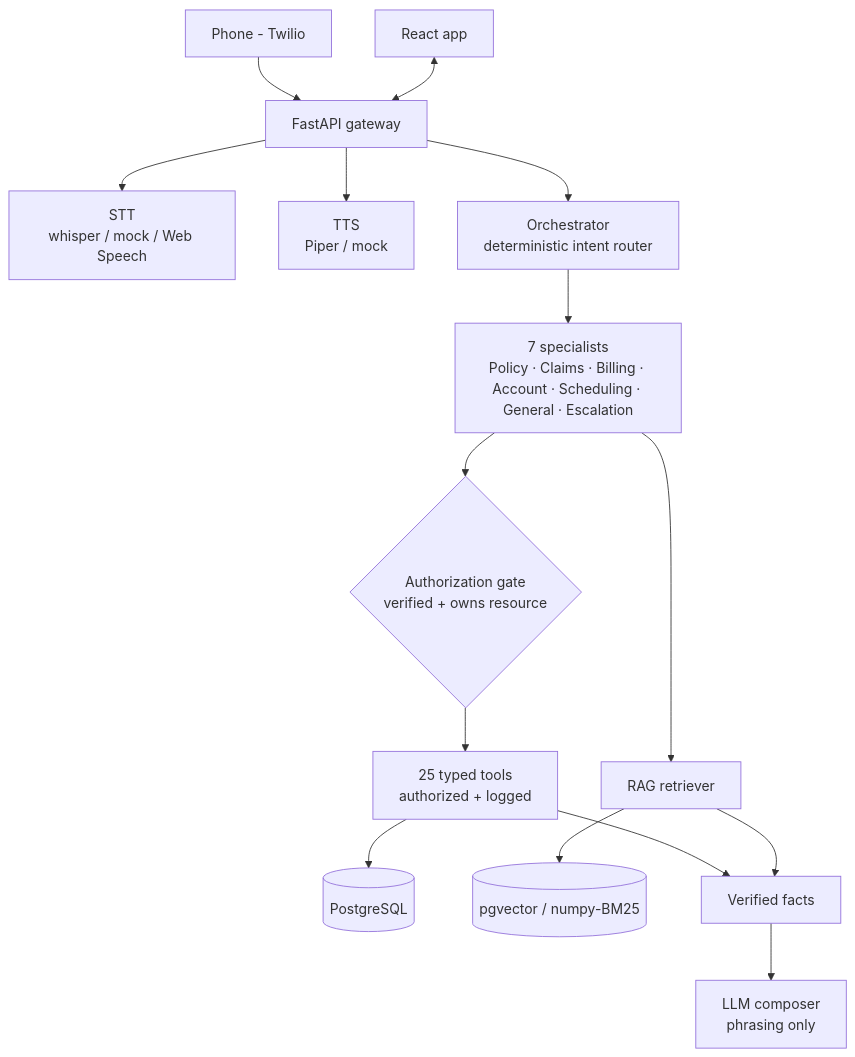
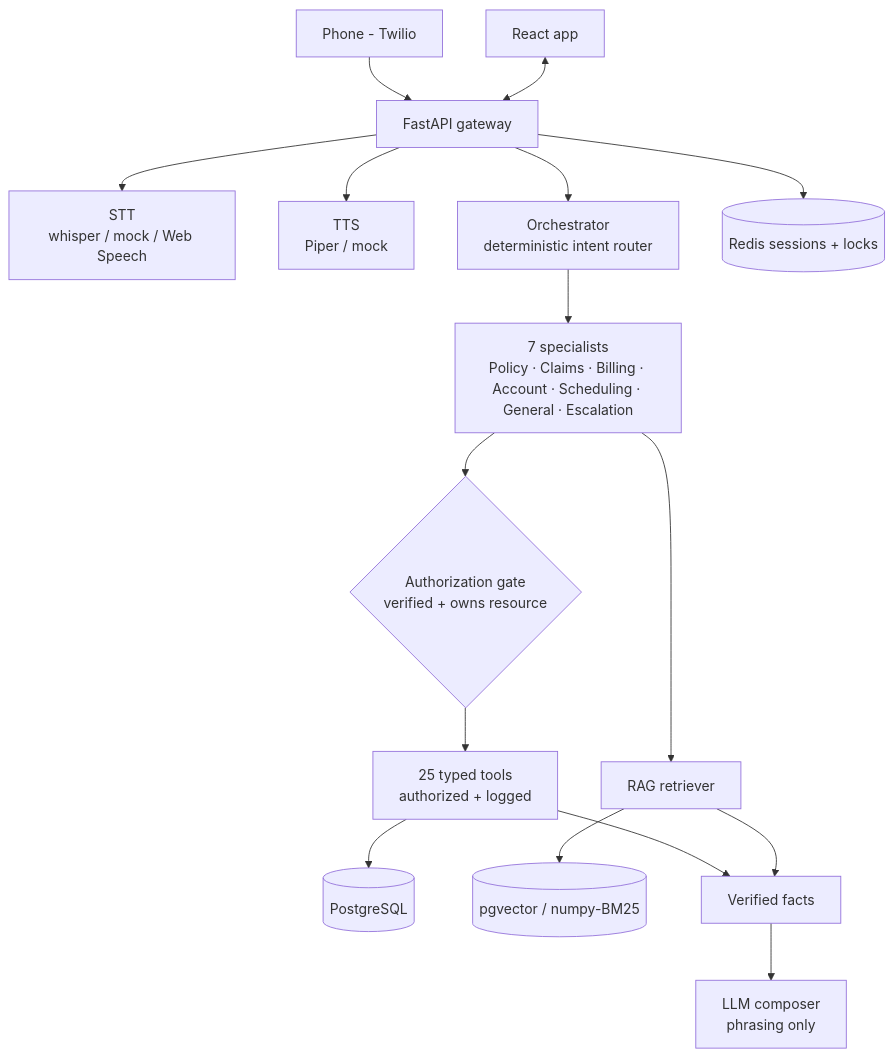
The diagram in README.md (John-Jepsen/assured), drawn with Mermaid before and after one commit. The commit also changed other lines of this file and 16 other files, not shown here.

Commit message:
feat: persist sessions in Redis

````diff
--- a/README.md
+++ b/README.md
@@ -30,16 +30,17 @@
 ```mermaid
 flowchart TD
     Phone[Phone - Twilio] --> API
     Web[React app] <--> API[FastAPI gateway]
     API --> STT[STT<br/>whisper / mock / Web Speech]
     API --> TTS[TTS<br/>Piper / mock]
     API --> ORCH[Orchestrator<br/>deterministic intent router]
     ORCH --> SPEC[7 specialists<br/>Policy · Claims · Billing · Account · Scheduling · General · Escalation]
     SPEC --> AUTHZ{Authorization gate<br/>verified + owns resource}
     SPEC --> RAG[RAG retriever]
     AUTHZ --> TOOLS[25 typed tools<br/>authorized + logged]
     TOOLS --> DB[(PostgreSQL)]
+    API --> SESSION[(Redis sessions + locks)]
     RAG --> VEC[(pgvector / numpy-BM25)]
     TOOLS --> FACTS[Verified facts] --> LLM[LLM composer<br/>phrasing only]
     RAG --> FACTS
 ```
````
